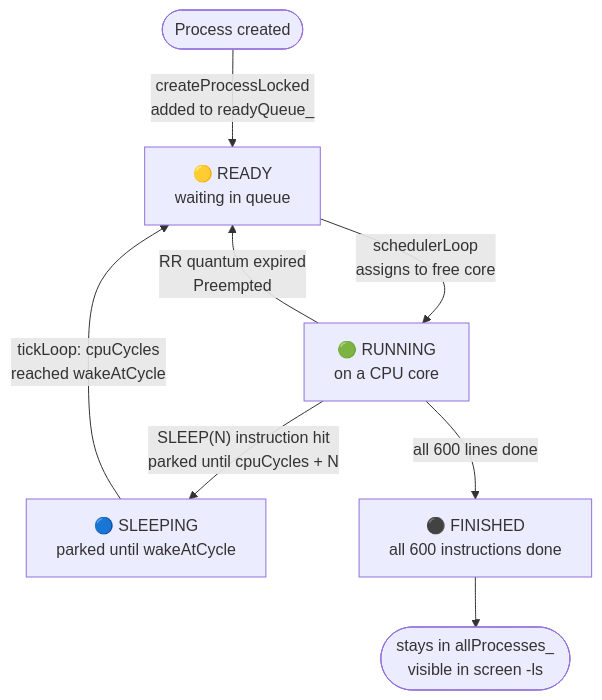
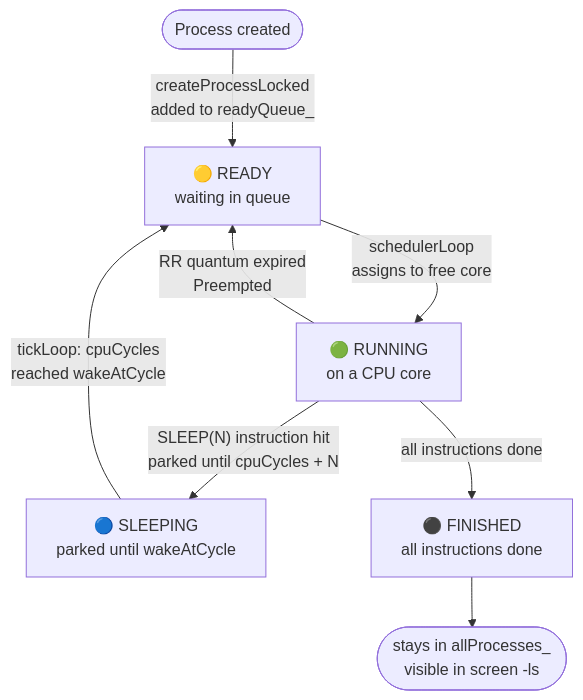
Before and after one commit to JeyyM/csopesy-mp1: the first of 4 diagrams in diagrams/E_process_representation.md, drawn with Mermaid. The commit also changed other lines of this file and 17 other files, not shown here.

````diff
--- a/diagrams/E_process_representation.md
+++ b/diagrams/E_process_representation.md
@@ -7,16 +7,16 @@
 ```mermaid
 flowchart TD
     CREATE([Process created]) -->|"createProcessLocked\nadded to readyQueue_"| READY
 
     READY["🟡 READY\nwaiting in queue"]
     RUNNING["🟢 RUNNING\non a CPU core"]
     SLEEPING["🔵 SLEEPING\nparked until wakeAtCycle"]
-    FINISHED["⚫ FINISHED\nall 600 instructions done"]
+    FINISHED["⚫ FINISHED\nall instructions done"]
 
     READY       -->|"schedulerLoop\nassigns to free core"| RUNNING
-    RUNNING     -->|"all 600 lines done"| FINISHED
+    RUNNING     -->|"all instructions done"| FINISHED
     RUNNING     -->|"SLEEP(N) instruction hit\nparked until cpuCycles + N"| SLEEPING
     RUNNING     -->|"RR quantum expired\nPreempted"| READY
     SLEEPING    -->|"tickLoop: cpuCycles\nreached wakeAtCycle"| READY
     FINISHED    --> DONE([stays in allProcesses_\nvisible in screen -ls])
 ```
````
